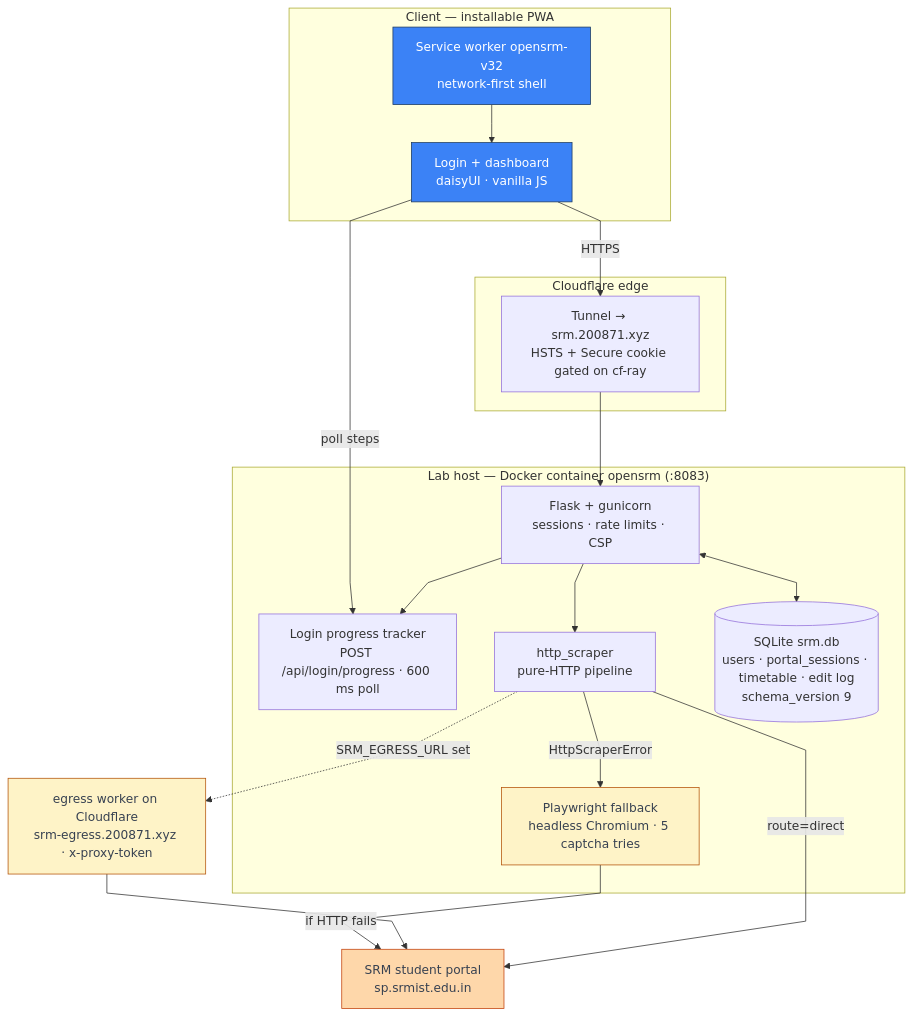
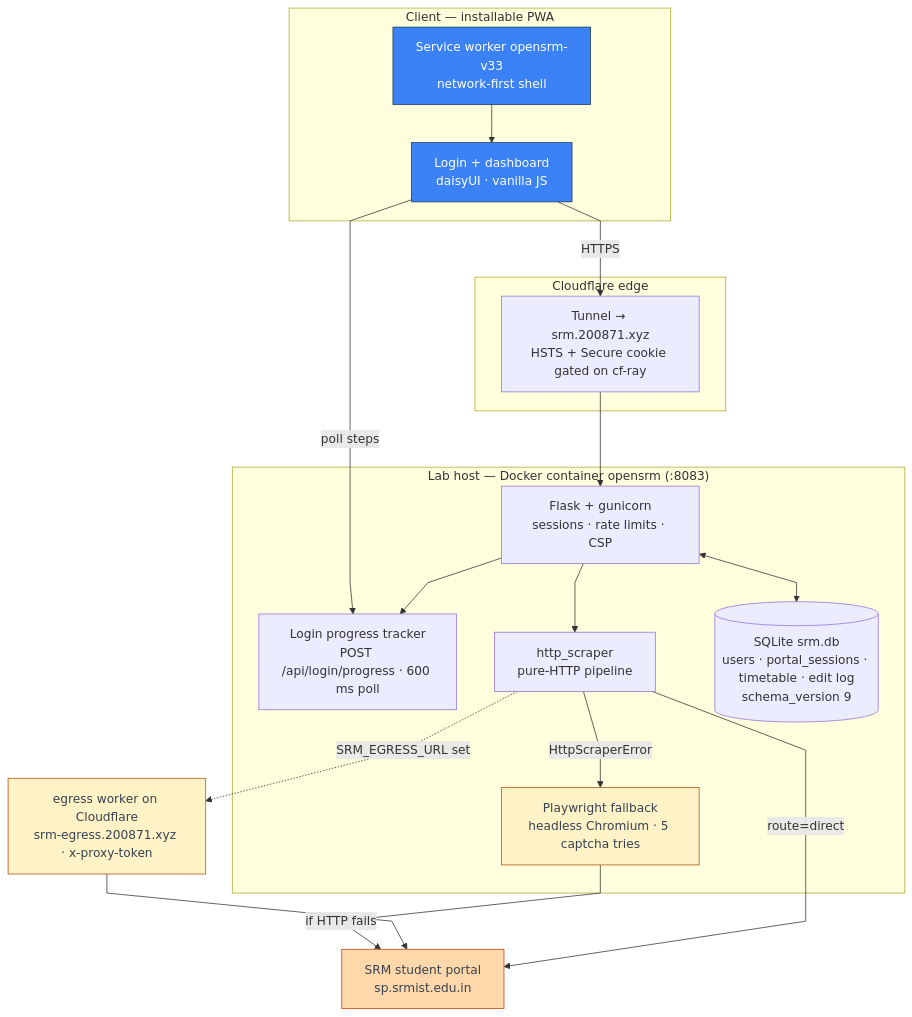
The first of 3 diagrams in README.md (thenabbu/OpenSRM), drawn with Mermaid before and after one commit. The commit also changed 6 other files, not shown here.

````diff
--- a/README.md
+++ b/README.md
@@ -70,43 +70,43 @@
 ```mermaid
 %%{init: {"flowchart": {"curve": "linear"}}}%%
 flowchart TD
     subgraph client["Client — installable PWA"]
         UI["Login + dashboard<br/>daisyUI · vanilla JS"]
-        SW["Service worker opensrm-v32<br/>network-first shell"]
+        SW["Service worker opensrm-v33<br/>network-first shell"]
     end
 
     subgraph edge["Cloudflare edge"]
         TUN["Tunnel → srm.200871.xyz<br/>HSTS + Secure cookie gated on cf-ray"]
     end
 
     subgraph lab["Lab host — Docker container opensrm (:8083)"]
         FL["Flask + gunicorn<br/>sessions · rate limits · CSP"]
         PROG["Login progress tracker<br/>POST /api/login/progress · 600 ms poll"]
         HS["http_scraper<br/>pure-HTTP pipeline"]
         PW["Playwright fallback<br/>headless Chromium · 5 captcha tries"]
         DB[("SQLite srm.db<br/>users · portal_sessions · timetable · edit log<br/>schema_version 9")]
         FL --> PROG
         FL <--> DB
         FL --> HS
         HS -->|"HttpScraperError"| PW
     end
 
     EG["egress worker on Cloudflare<br/>srm-egress.200871.xyz · x-proxy-token"]
     P["SRM student portal<br/>sp.srmist.edu.in"]
 
     UI -->|"HTTPS"| TUN
     TUN --> FL
     SW --> UI
     UI -->|"poll steps"| PROG
     HS -->|"route=direct"| P
     HS -.->|"SRM_EGRESS_URL set"| EG
     EG --> P
     PW -->|"if HTTP fails"| P
 
     classDef client fill:#3b82f6,stroke:#1e3a5f,color:#ffffff
     classDef conditional fill:#fef3c7,stroke:#b45309,color:#374151
     classDef external fill:#fed7aa,stroke:#c2410c,color:#374151
     class UI,SW client
     class PW,EG conditional
     class P external
 ```
````
